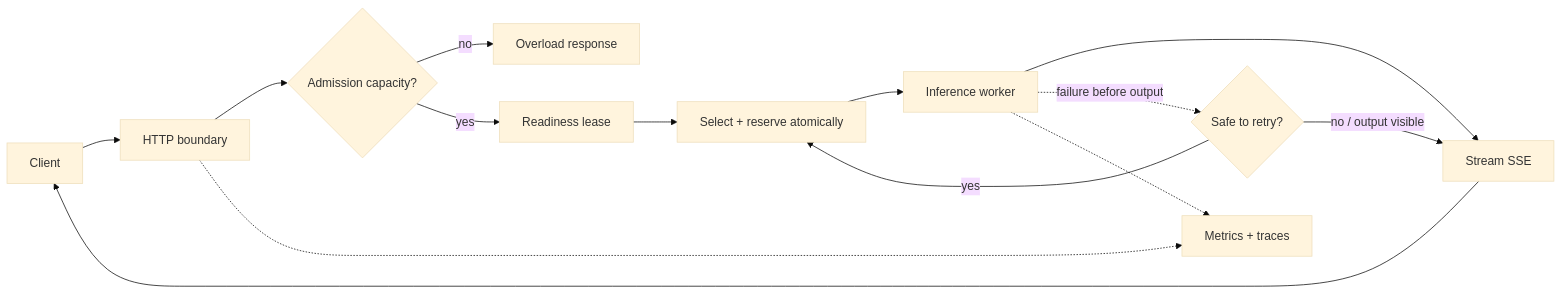
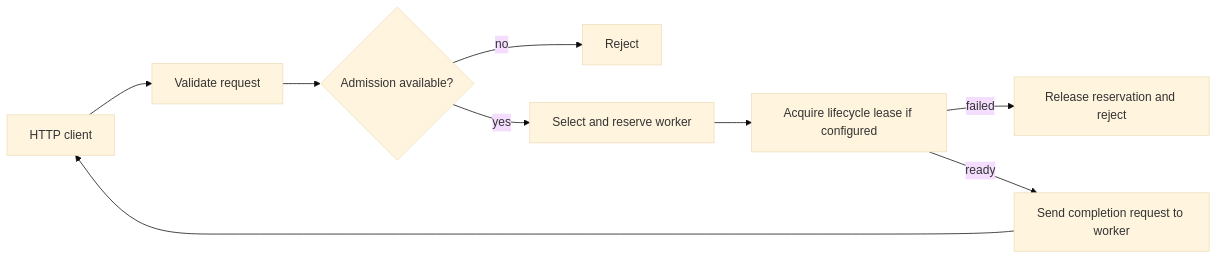
The diagram in docs/ARCHITECTURE.md (Priyanshuthapliyal2005/Liffo), drawn with Mermaid (base theme) before and after one commit. The commit also changed other lines of this file and 7 other files, not shown here.

````diff
--- a/docs/ARCHITECTURE.md
+++ b/docs/ARCHITECTURE.md
@@ -12,16 +8,11 @@
 ```mermaid
 flowchart LR
-    Client[Client] --> HTTP[HTTP boundary]
-    HTTP --> Admit{Admission capacity?}
-    Admit -->|no| Reject[Overload response]
-    Admit -->|yes| Lease[Readiness lease]
-    Lease --> Route[Select + reserve atomically]
-    Route --> Worker[Inference worker]
-    Worker --> Stream[Stream SSE]
-    Stream --> Client
-    Worker -. failure before output .-> Retry{Safe to retry?}
-    Retry -->|yes| Route
-    Retry -->|no / output visible| Stream
-    HTTP -.-> Obs[Metrics + traces]
-    Worker -.-> Obs
+    C[HTTP client] --> V[Validate request]
+    V --> A{Admission available?}
+    A -->|no| R[Reject]
+    A -->|yes| S[Select and reserve worker]
+    S --> L[Acquire lifecycle lease if configured]
+    L -->|failed| X[Release reservation and reject]
+    L -->|ready| W[Send completion request to worker]
+    W --> C
 ```
````
